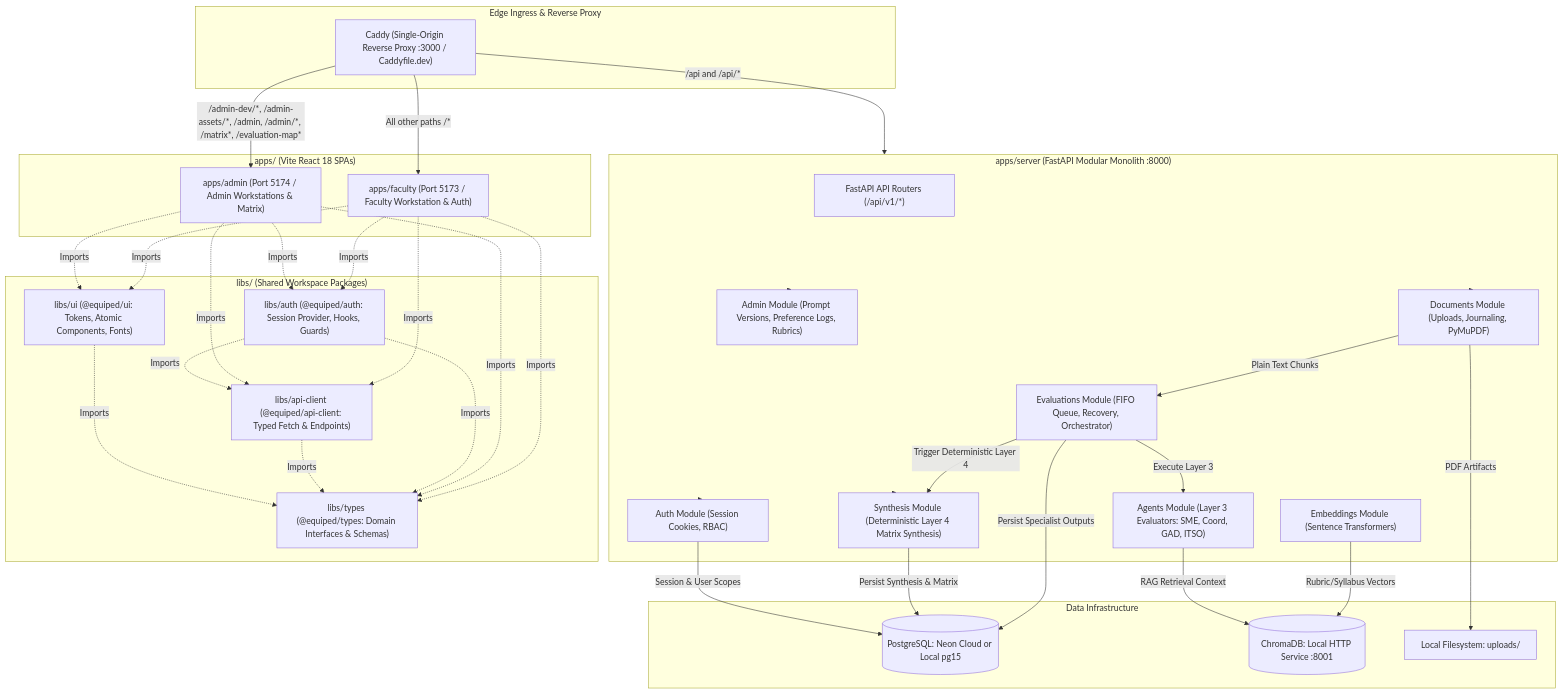
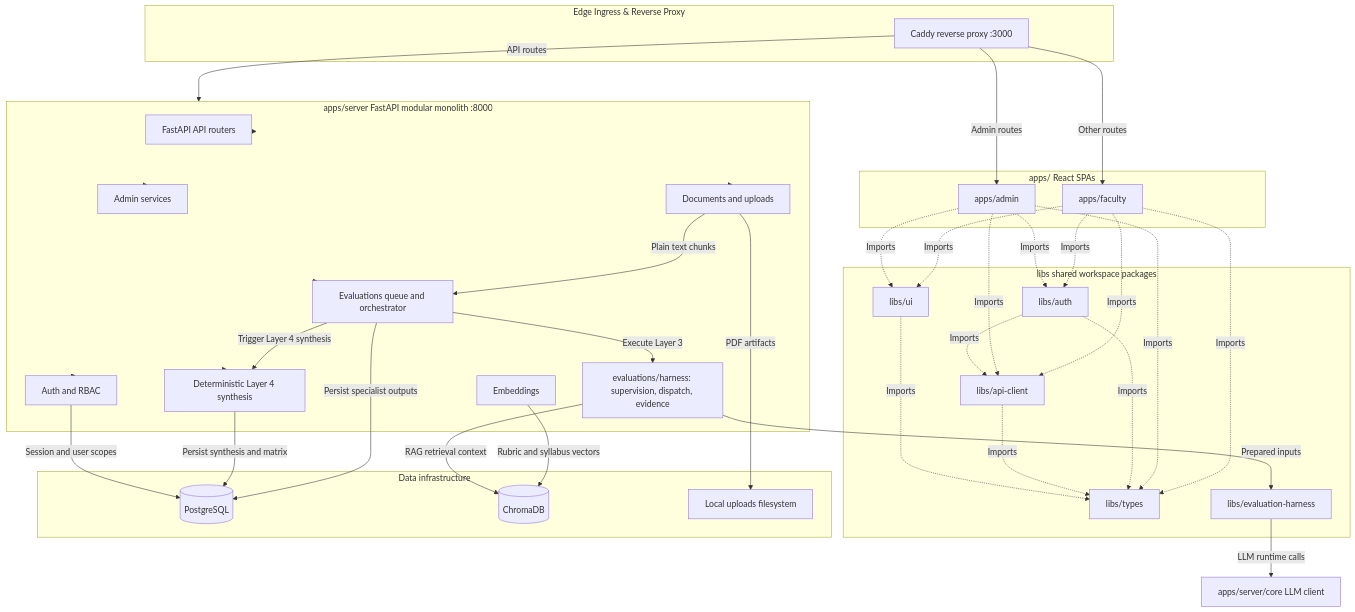
One commit to LSPU-EquipED/EquipED changed the first of 3 diagrams in ARCHITECTURE.md. Above: the diagram before and after it, drawn with Mermaid. The commit also changed other lines of this file and 96 other files, not shown here.

Commit message:
test(server): migrate backend test suites and scripts to evaluation-harness

````diff
--- a/ARCHITECTURE.md
+++ b/ARCHITECTURE.md
@@ -35,70 +35,71 @@
 ```mermaid
 graph TD
     subgraph Ingress ["Edge Ingress & Reverse Proxy"]
-        Caddy["Caddy (Single-Origin Reverse Proxy :3000 / Caddyfile.dev)"]
+        Caddy["Caddy reverse proxy :3000"]
     end
 
-    subgraph Client_Applications ["apps/ (Vite React 18 SPAs)"]
-        FacultyApp["apps/faculty (Port 5173 / Faculty Workstation & Auth)"]
-        AdminApp["apps/admin (Port 5174 / Admin Workstations & Matrix)"]
+    subgraph Client_Applications ["apps/ React SPAs"]
+        FacultyApp["apps/faculty"]
+        AdminApp["apps/admin"]
     end
 
-    subgraph Backend_Monolith ["apps/server (FastAPI Modular Monolith :8000)"]
-        APIRouter["FastAPI API Routers (/api/v1/*)"]
-        AuthModule["Auth Module (Session Cookies, RBAC)"]
-        DocModule["Documents Module (Uploads, Journaling, PyMuPDF)"]
-        EmbedModule["Embeddings Module (Sentence Transformers)"]
-        EvalModule["Evaluations Module (FIFO Queue, Recovery, Orchestrator)"]
-        AgentCluster["Agents Module (Layer 3 Evaluators: SME, Coord, GAD, ITSO)"]
-        SynthModule["Synthesis Module (Deterministic Layer 4 Matrix Synthesis)"]
-        AdminModule["Admin Module (Prompt Versions, Preference Logs, Rubrics)"]
+    subgraph Backend_Monolith ["apps/server FastAPI modular monolith :8000"]
+        APIRouter["FastAPI API routers"]
+        AuthModule["Auth and RBAC"]
+        DocModule["Documents and uploads"]
+        EmbedModule["Embeddings"]
+        EvalModule["Evaluations queue and orchestrator"]
+        AgentCluster["evaluations/harness: supervision, dispatch, evidence"]
+        SynthModule["Deterministic Layer 4 synthesis"]
+        AdminModule["Admin services"]
     end
 
-    subgraph Shared_Libraries ["libs/ (Shared Workspace Packages)"]
-        LibAuth["libs/auth (@equiped/auth: Session Provider, Hooks, Guards)"]
-        LibApiClient["libs/api-client (@equiped/api-client: Typed Fetch & Endpoints)"]
-        LibTypes["libs/types (@equiped/types: Domain Interfaces & Schemas)"]
-        LibUI["libs/ui (@equiped/ui: Tokens, Atomic Components, Fonts)"]
+    subgraph Shared_Libraries ["libs shared workspace packages"]
+        LibAuth["libs/auth"]
+        LibApiClient["libs/api-client"]
+        LibTypes["libs/types"]
+        LibUI["libs/ui"]
+        Harness["libs/evaluation-harness"]
     end
 
-    subgraph Data_Storage ["Data Infrastructure"]
-        Postgres[(PostgreSQL: Neon Cloud or Local pg15)]
-        Chroma[(ChromaDB: Local HTTP Service :8001)]
-        LocalFS["Local Filesystem: uploads/"]
+    subgraph Data_Storage ["Data infrastructure"]
+        Postgres[("PostgreSQL")]
+        Chroma[("ChromaDB")]
+        LocalFS["Local uploads filesystem"]
     end
 
-    Caddy -->|/api and /api/*| Backend_Monolith
-    Caddy -->|/admin-dev/*, /admin-assets/*, /admin, /admin/*, /matrix*, /evaluation-map*| AdminApp
-    Caddy -->|All other paths /*| FacultyApp
+    Caddy -->|API routes| Backend_Monolith
+    Caddy -->|Admin routes| AdminApp
+    Caddy -->|Other routes| FacultyApp
 
     FacultyApp -.->|Imports| LibAuth
     FacultyApp -.->|Imports| LibApiClient
     FacultyApp -.->|Imports| LibTypes
     FacultyApp -.->|Imports| LibUI
-
     AdminApp -.->|Imports| LibAuth
     AdminApp -.->|Imports| LibApiClient
     AdminApp -.->|Imports| LibTypes
     AdminApp -.->|Imports| LibUI
-
     LibAuth -.->|Imports| LibApiClient
     LibAuth -.->|Imports| LibTypes
     LibApiClient -.->|Imports| LibTypes
     LibUI -.->|Imports| LibTypes
 
+    Backend_Monolith --> APIRouter
     Backend_Monolith --> AuthModule
     Backend_Monolith --> DocModule
     Backend_Monolith --> EvalModule
     Backend_Monolith --> SynthModule
     Backend_Monolith --> AdminModule
-
-    DocModule -->|Plain Text Chunks| EvalModule
-    DocModule -->|PDF Artifacts| LocalFS
-    EmbedModule -->|Rubric/Syllabus Vectors| Chroma
-    AgentCluster -->|RAG Retrieval Context| Chroma
+    DocModule -->|Plain text chunks| EvalModule
+    DocModule -->|PDF artifacts| LocalFS
+    EmbedModule -->|Rubric and syllabus vectors| Chroma
+    AgentCluster -->|RAG retrieval context| Chroma
     EvalModule -->|Execute Layer 3| AgentCluster
-    EvalModule -->|Persist Specialist Outputs| Postgres
-    EvalModule -->|Trigger Deterministic Layer 4| SynthModule
-    SynthModule -->|Persist Synthesis & Matrix| Postgres
-    AuthModule -->|Session & User Scopes| Postgres
+    EvalModule -->|Persist specialist outputs| Postgres
+    EvalModule -->|Trigger Layer 4 synthesis| SynthModule
+    SynthModule -->|Persist synthesis and matrix| Postgres
+    AuthModule -->|Session and user scopes| Postgres
+    AgentCluster -->|Prepared inputs| Harness
+    Harness -->|LLM runtime calls| CoreLLM["apps/server/core LLM client"]
 ```
````
